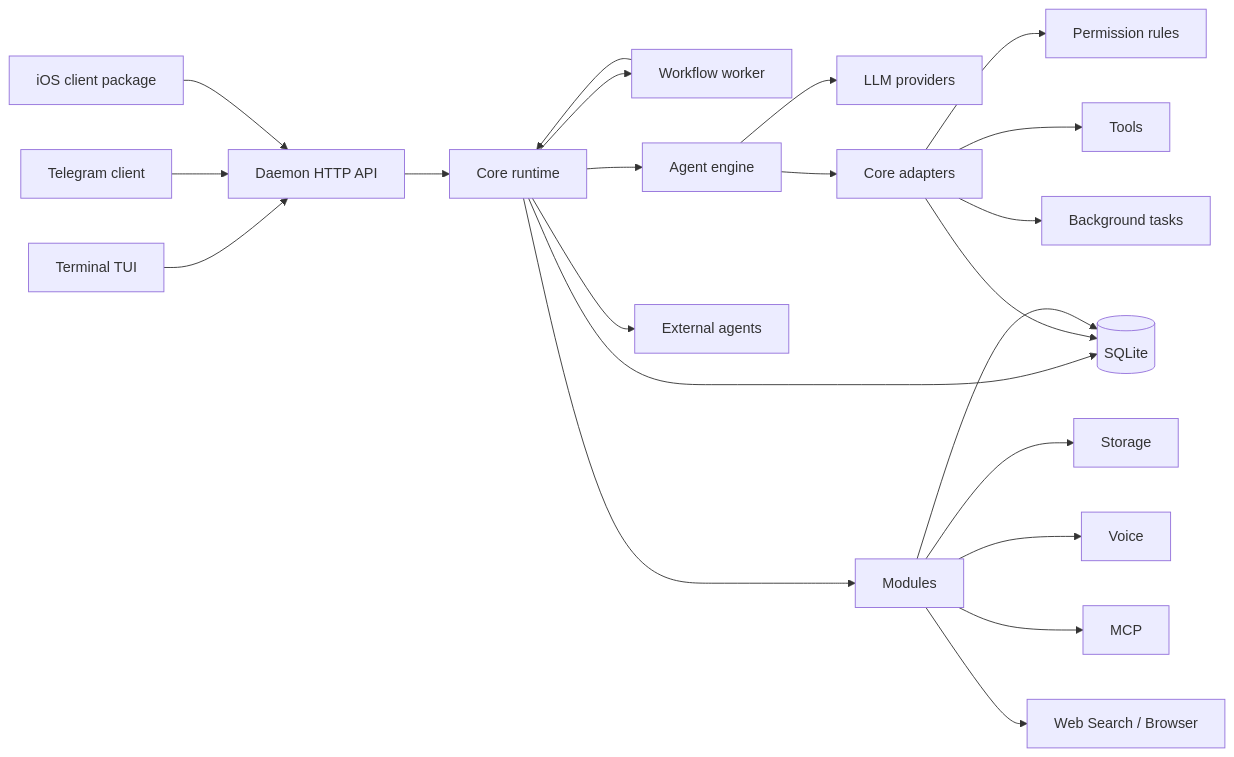
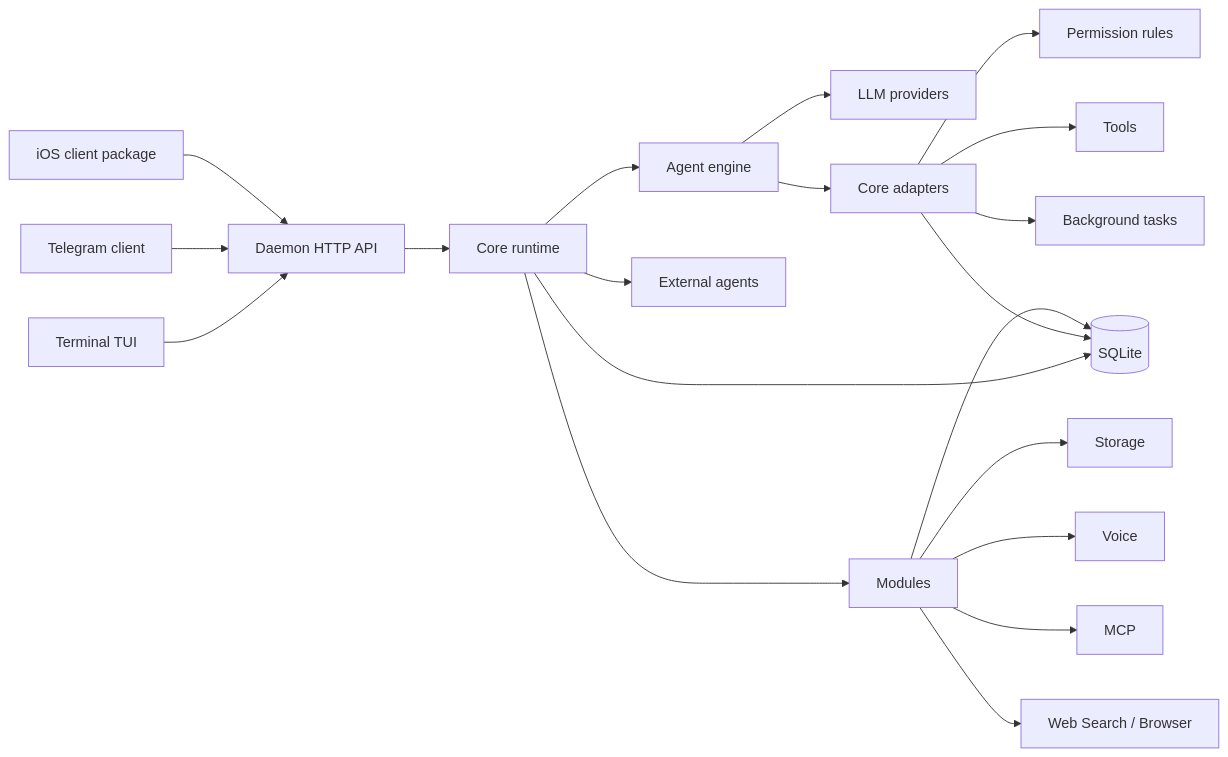
The diagram in docs/ARCHITECTURE.md (Suren878/matrixclaw), drawn with Mermaid before and after one commit. The commit also changed other lines of this file and 2 other files, not shown here.

````diff
--- a/docs/ARCHITECTURE.md
+++ b/docs/ARCHITECTURE.md
@@ -6,24 +6,22 @@
 ```mermaid
 flowchart LR
     TUI[Terminal TUI] --> API[Daemon HTTP API]
     TG[Telegram client] --> API
     IOS[iOS client package] --> API
     API --> CORE[Core runtime]
     CORE --> STORE[(SQLite)]
-    CORE --> WF[Workflow worker]
-    WF --> CORE
     CORE --> ENGINE[Agent engine]
     CORE --> AGENTS[External agents]
     ENGINE --> PROVIDERS[LLM providers]
     ENGINE --> PORTS[Core adapters]
     PORTS --> PERM[Permission rules]
     PORTS --> TOOLS[Tools]
     PORTS --> TASKS[Background tasks]
     PORTS --> STORE
     CORE --> MODULES[Modules]
     MODULES --> STORAGE[Storage]
     MODULES --> VOICE[Voice]
     MODULES --> MCP[MCP]
     MODULES --> WEB[Web Search / Browser]
     MODULES --> STORE
 ```
````
